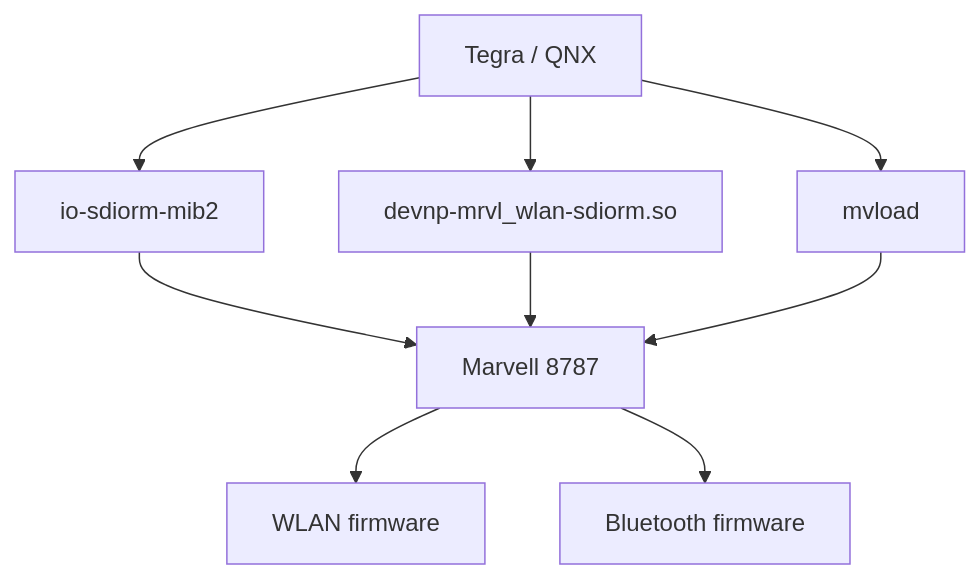
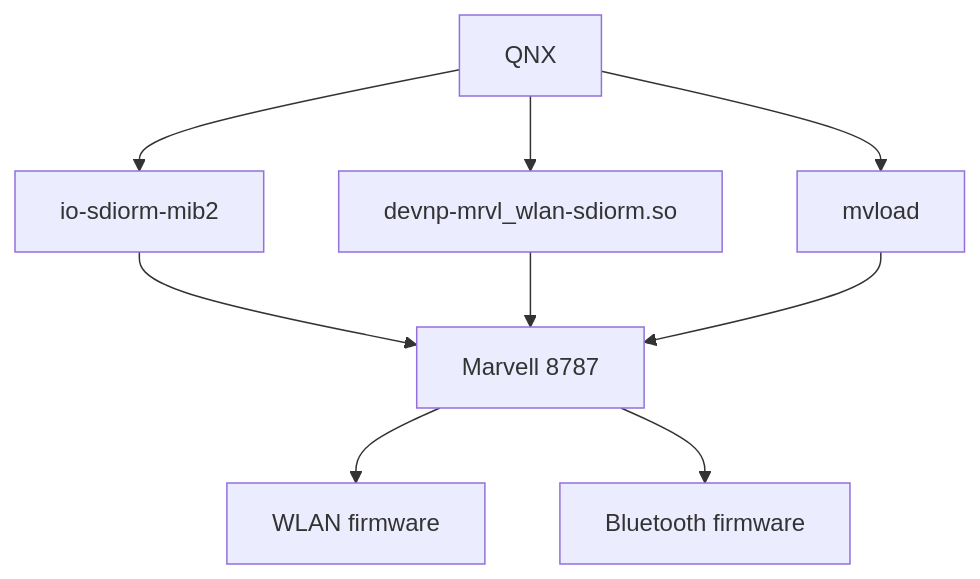
One commit to joeyQuery/MHI2-Wireless-CarPlay changed diagram 11 of 22 in docs/wifi.md. Above: the diagram before and after it, drawn with Mermaid. The commit also changed other lines of this file, not shown here.

````diff
--- a/docs/wifi.md
+++ b/docs/wifi.md
@@ -120,24 +368,24 @@
 ```mermaid
 flowchart TB
-    QNX["Tegra / QNX"]
+    QNX["QNX"]
 
     SDIO["io-sdiorm-mib2"]
     DRIVER["devnp-mrvl_wlan-sdiorm.so"]
     MVLOAD["mvload"]
 
     MARVELL["Marvell 8787"]
 
     WLANFW["WLAN firmware"]
     BTFW["Bluetooth firmware"]
 
     QNX --> SDIO
     QNX --> DRIVER
     QNX --> MVLOAD
 
     SDIO --> MARVELL
     DRIVER --> MARVELL
     MVLOAD --> MARVELL
 
     MARVELL --> WLANFW
     MARVELL --> BTFW
 ```
````
